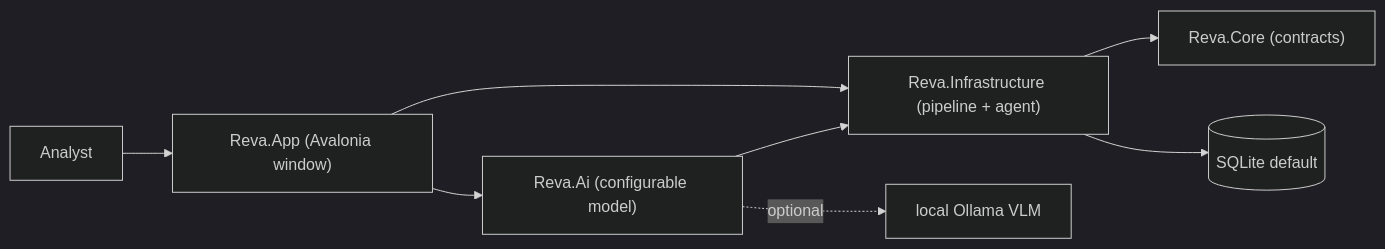
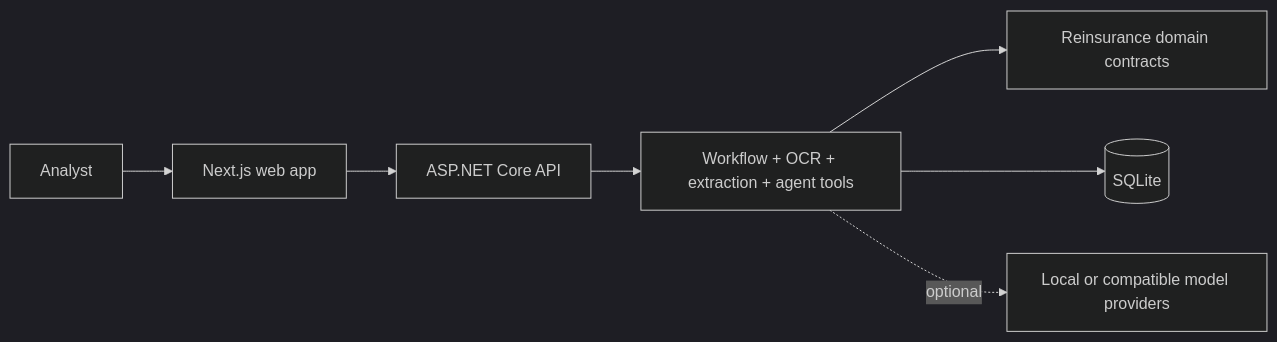
Before and after one commit to xt0n1-t3ch/Reva: the diagram in docs/index.md, drawn with Mermaid (dark theme). The commit also changed other lines of this file and 228 other files, not shown here.

First line of the commit message:
feat(web): refocus Reva on the web app — real-time processing, agent tools, CRS template view

````diff
--- a/docs/index.md
+++ b/docs/index.md
@@ -33,10 +30,9 @@
 ```mermaid
 flowchart LR
-  User["Analyst"] --> App["Reva.App (Avalonia window)"]
-  App --> Ai["Reva.Ai (configurable model)"]
-  App --> Infra["Reva.Infrastructure (pipeline + agent)"]
-  Ai --> Infra
-  Infra --> Core["Reva.Core (contracts)"]
-  Infra --> Store[("SQLite default")]
-  Ai -. optional .-> Ollama["local Ollama VLM"]
+  User["Analyst"] --> Web["Next.js web app"]
+  Web --> Api["ASP.NET Core API"]
+  Api --> Infra["Workflow + OCR + extraction + agent tools"]
+  Infra --> Core["Reinsurance domain contracts"]
+  Infra --> Db[("SQLite")]
+  Infra -. optional .-> Models["Local or compatible model providers"]
 ```
````
